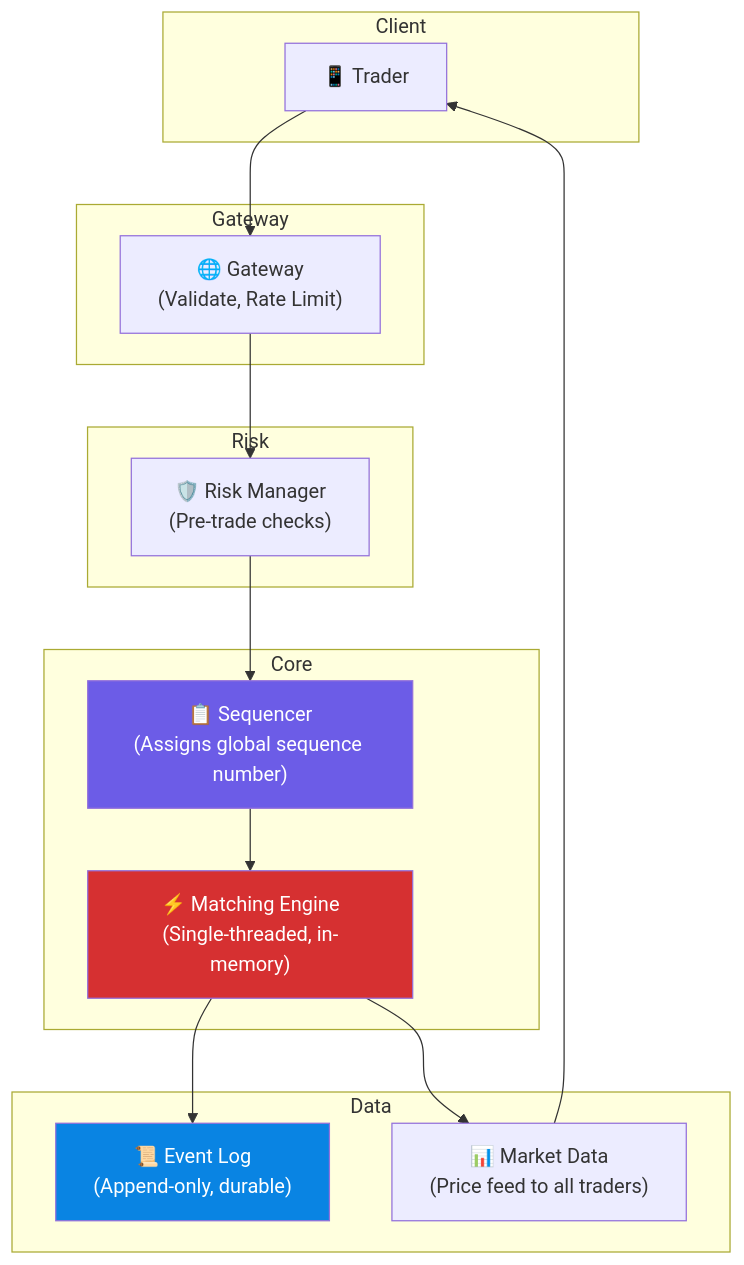
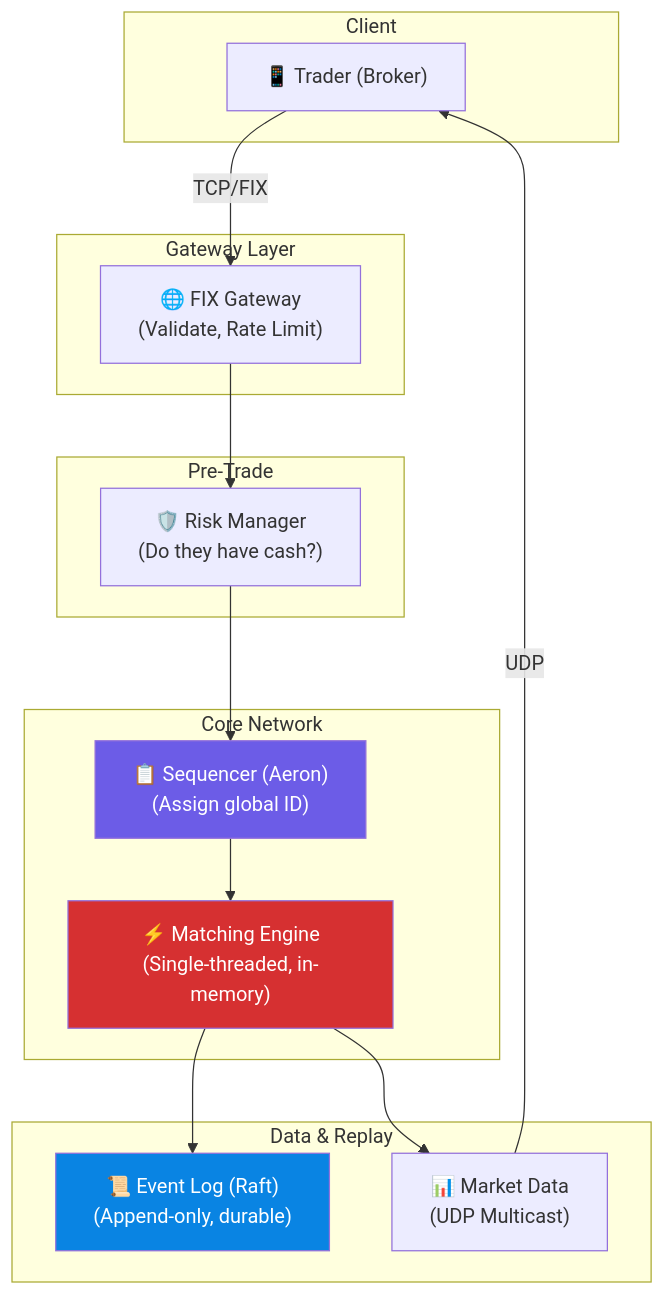
Before and after one commit to Gbirla06/systemDesign: the diagram in HLD_Vol2/chapter_13/design_a_stock_exchange.md, drawn with Mermaid. The commit also changed other lines of this file and 7 other files, not shown here.

````diff
--- a/HLD_Vol2/chapter_13/design_a_stock_exchange.md
+++ b/HLD_Vol2/chapter_13/design_a_stock_exchange.md
@@ -126,36 +107,36 @@
 ```mermaid
 graph TD
     subgraph Client
-        Trader["📱 Trader"]
+        Trader["📱 Trader (Broker)"]
     end
 
-    subgraph Gateway
-        GW["🌐 Gateway\n(Validate, Rate Limit)"]
+    subgraph Gateway Layer
+        FIX["🌐 FIX Gateway\n(Validate, Rate Limit)"]
     end
 
-    subgraph Core
-        Sequencer["📋 Sequencer\n(Assigns global sequence number)"]
+    subgraph Pre-Trade
+        RiskCheck["🛡️ Risk Manager\n(Do they have cash?)"]
+    end
+
+    subgraph Core Network
+        Sequencer["📋 Sequencer (Aeron)\n(Assign global ID)"]
         ME["⚡ Matching Engine\n(Single-threaded, in-memory)"]
     end
 
-    subgraph Data
-        EventLog["📜 Event Log\n(Append-only, durable)"]
-        MarketData["📊 Market Data\n(Price feed to all traders)"]
+    subgraph Data & Replay
+        EventLog["📜 Event Log (Raft)\n(Append-only, durable)"]
+        MarketData["📊 Market Data\n(UDP Multicast)"]
     end
 
-    subgraph Risk
-        RiskCheck["🛡️ Risk Manager\n(Pre-trade checks)"]
-    end
-
-    Trader --> GW
-    GW --> RiskCheck
+    Trader -->|TCP/FIX| FIX
+    FIX --> RiskCheck
     RiskCheck --> Sequencer
     Sequencer --> ME
     ME --> EventLog
     ME --> MarketData
-    MarketData --> Trader
+    MarketData -->|UDP| Trader
 
     style ME fill:#d63031,color:#fff
     style EventLog fill:#0984e3,color:#fff
     style Sequencer fill:#6c5ce7,color:#fff
 ```
````
